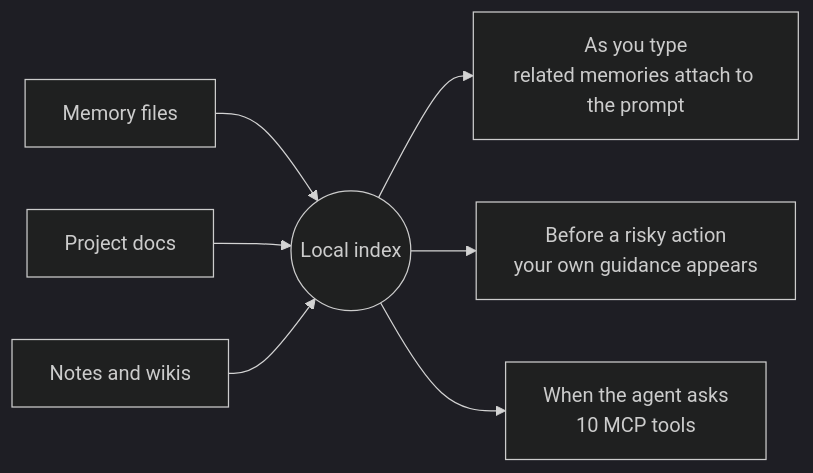
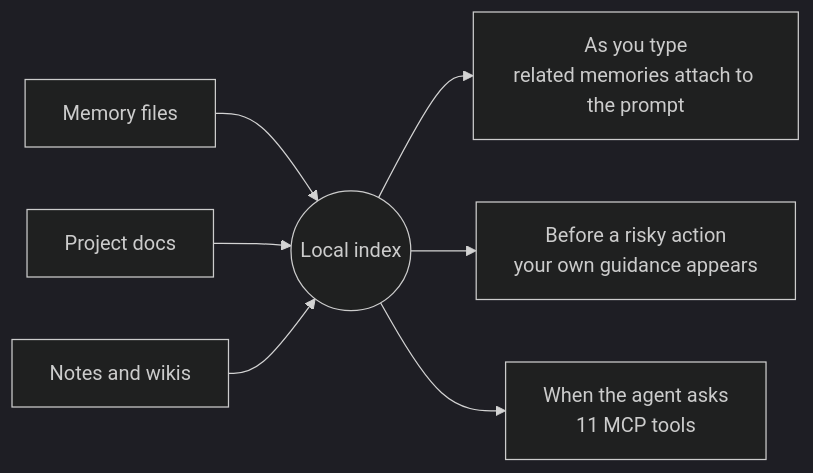
The diagram in README.md (honeyground-org/local-brain), drawn with Mermaid (dark theme) before and after one commit. The commit also changed other lines of this file and 5 other files, not shown here.

````diff
--- a/README.md
+++ b/README.md
@@ -58,9 +58,9 @@
 ```mermaid
 flowchart LR
   A[Memory files] --> I((Local index))
   B[Project docs] --> I
   C[Notes and wikis] --> I
   I --> T["As you type<br/>related memories attach to the prompt"]
   I --> R["Before a risky action<br/>your own guidance appears"]
-  I --> M["When the agent asks<br/>10 MCP tools"]
+  I --> M["When the agent asks<br/>11 MCP tools"]
 ```
````
